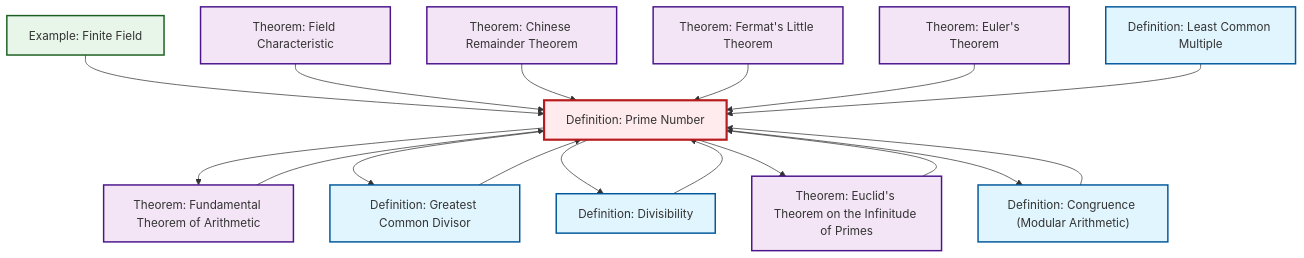
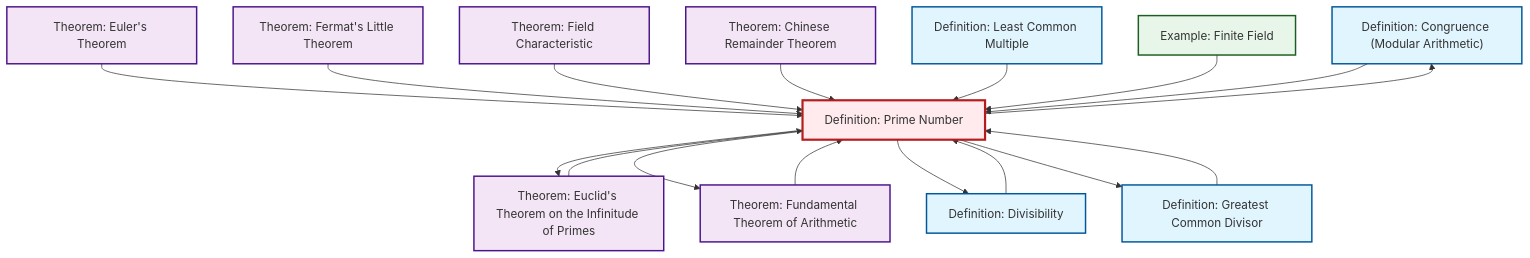
Before and after one commit to RK0429/ModernMath: the diagram in content/en/number-theory/def-prime.qmd, drawn with Mermaid. The commit also changed other lines of this file and 1069 other files, not shown here.

````diff
--- a/content/en/number-theory/def-prime.qmd
+++ b/content/en/number-theory/def-prime.qmd
@@ -65,49 +65,49 @@
 ```{mermaid}
 %%| fig-cap: "Local dependency graph"
 graph TD
     classDef definition fill:#e1f5fe,stroke:#01579b,stroke-width:2px
     classDef theorem fill:#f3e5f5,stroke:#4a148c,stroke-width:2px
     classDef axiom fill:#fff3e0,stroke:#e65100,stroke-width:2px
     classDef example fill:#e8f5e9,stroke:#1b5e20,stroke-width:2px
     classDef current fill:#ffebee,stroke:#b71c1c,stroke-width:3px
+    def-congruence["Definition: Congruence (Modular Arithmetic)"]:::definition
+    def-lcm["Definition: Least Common Multiple"]:::definition
+    def-divisibility["Definition: Divisibility"]:::definition
+    thm-euclid-infinitude-primes["Theorem: Euclid's Theorem on the Infinitude of Primes"]:::theorem
+    thm-fundamental-arithmetic["Theorem: Fundamental Theorem of Arithmetic"]:::theorem
+    thm-euler["Theorem: Euler's Theorem"]:::theorem
     thm-chinese-remainder["Theorem: Chinese Remainder Theorem"]:::theorem
     thm-fermat-little["Theorem: Fermat's Little Theorem"]:::theorem
     def-gcd["Definition: Greatest Common Divisor"]:::definition
-    def-divisibility["Definition: Divisibility"]:::definition
-    thm-fundamental-arithmetic["Theorem: Fundamental Theorem of Arithmetic"]:::theorem
-    thm-euclid-infinitude-primes["Theorem: Euclid's Theorem on the Infinitude of Primes"]:::theorem
     thm-field-characteristic["Theorem: Field Characteristic"]:::theorem
-    def-lcm["Definition: Least Common Multiple"]:::definition
-    thm-euler["Theorem: Euler's Theorem"]:::theorem
+    def-prime["Definition: Prime Number"]:::definition
     ex-finite-field["Example: Finite Field"]:::example
-    def-prime["Definition: Prime Number"]:::definition
-    def-congruence["Definition: Congruence (Modular Arithmetic)"]:::definition
+    def-prime --> thm-euclid-infinitude-primes
+    thm-euler --> def-prime
+    def-divisibility --> def-prime
+    thm-fermat-little --> def-prime
+    def-prime --> def-congruence
+    thm-field-characteristic --> def-prime
+    def-prime --> thm-fundamental-arithmetic
+    thm-chinese-remainder --> def-prime
+    def-gcd --> def-prime
+    thm-fundamental-arithmetic --> def-prime
+    def-prime --> def-divisibility
+    def-lcm --> def-prime
+    ex-finite-field --> def-prime
+    def-prime --> def-gcd
+    def-congruence --> def-prime
     thm-euclid-infinitude-primes --> def-prime
-    ex-finite-field --> def-prime
-    def-prime --> thm-fundamental-arithmetic
-    def-gcd --> def-prime
-    thm-field-characteristic --> def-prime
-    thm-chinese-remainder --> def-prime
-    thm-fermat-little --> def-prime
-    thm-fundamental-arithmetic --> def-prime
-    thm-euler --> def-prime
-    def-prime --> def-gcd
-    def-lcm --> def-prime
-    def-divisibility --> def-prime
-    def-congruence --> def-prime
-    def-prime --> def-divisibility
-    def-prime --> thm-euclid-infinitude-primes
-    def-prime --> def-congruence
     class def-prime current
+    click def-congruence "def-congruence.html" "Go to Congruence (Modular Arithmetic) definition"
+    click def-lcm "def-lcm.html" "Go to Least Common Multiple definition"
+    click def-divisibility "def-divisibility.html" "Go to Divisibility definition"
+    click thm-euclid-infinitude-primes "thm-euclid-infinitude-primes.html" "Go to Euclid's Theorem on the Infinitude of Primes theorem"
+    click thm-fundamental-arithmetic "thm-fundamental-arithmetic.html" "Go to Fundamental Theorem of Arithmetic theorem"
+    click thm-euler "thm-euler.html" "Go to Euler's Theorem theorem"
     click thm-chinese-remainder "thm-chinese-remainder.html" "Go to Chinese Remainder Theorem theorem"
     click thm-fermat-little "thm-fermat-little.html" "Go to Fermat's Little Theorem theorem"
     click def-gcd "def-gcd.html" "Go to Greatest Common Divisor definition"
-    click def-divisibility "def-divisibility.html" "Go to Divisibility definition"
-    click thm-fundamental-arithmetic "thm-fundamental-arithmetic.html" "Go to Fundamental Theorem of Arithmetic theorem"
-    click thm-euclid-infinitude-primes "thm-euclid-infinitude-primes.html" "Go to Euclid's Theorem on the Infinitude of Primes theorem"
     click thm-field-characteristic "thm-field-characteristic.html" "Go to Field Characteristic theorem"
-    click def-lcm "def-lcm.html" "Go to Least Common Multiple definition"
-    click thm-euler "thm-euler.html" "Go to Euler's Theorem theorem"
     click ex-finite-field "ex-finite-field.html" "Go to Finite Field example"
-    click def-congruence "def-congruence.html" "Go to Congruence (Modular Arithmetic) definition"
 ```
````
